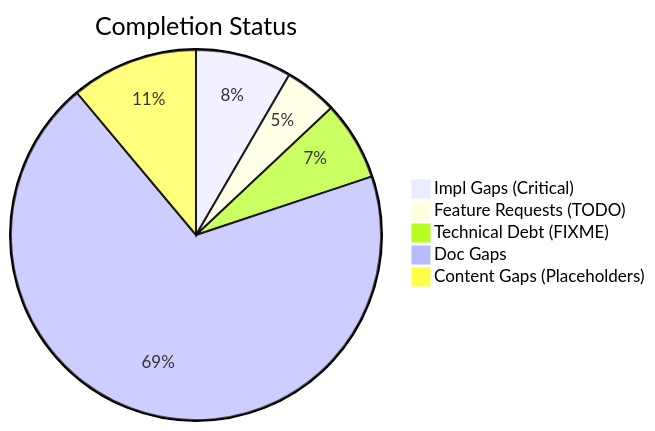
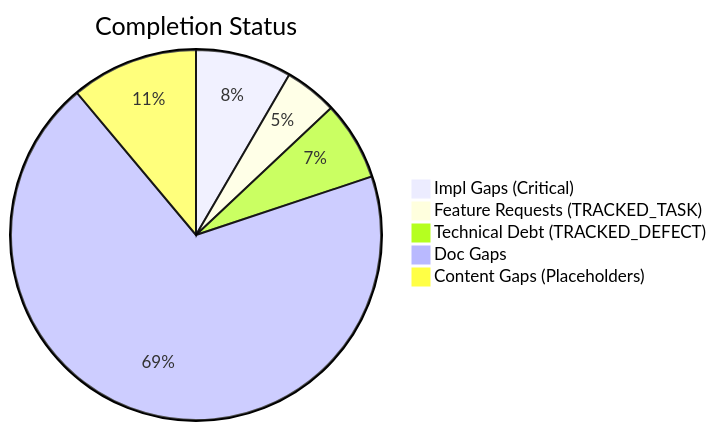
Before and after one commit to D-sorganization/AffineDrift: the first of 2 diagrams in docs/assessments/Assessment_Completist.md, drawn with Mermaid. The commit also changed other lines of this file and 28 other files, not shown here.

````diff
--- a/docs/assessments/Assessment_Completist.md
+++ b/docs/assessments/Assessment_Completist.md
@@ -12,8 +12,8 @@
 ```mermaid
 pie title Completion Status
     "Impl Gaps (Critical)" : 62
-    "Feature Requests (TODO)" : 34
-    "Technical Debt (FIXME)" : 51
+    "Feature Requests (TRACKED_TASK)" : 34
+    "Technical Debt (TRACKED_DEFECT)" : 51
     "Doc Gaps" : 510
     "Content Gaps (Placeholders)" : 82
 ```
````
